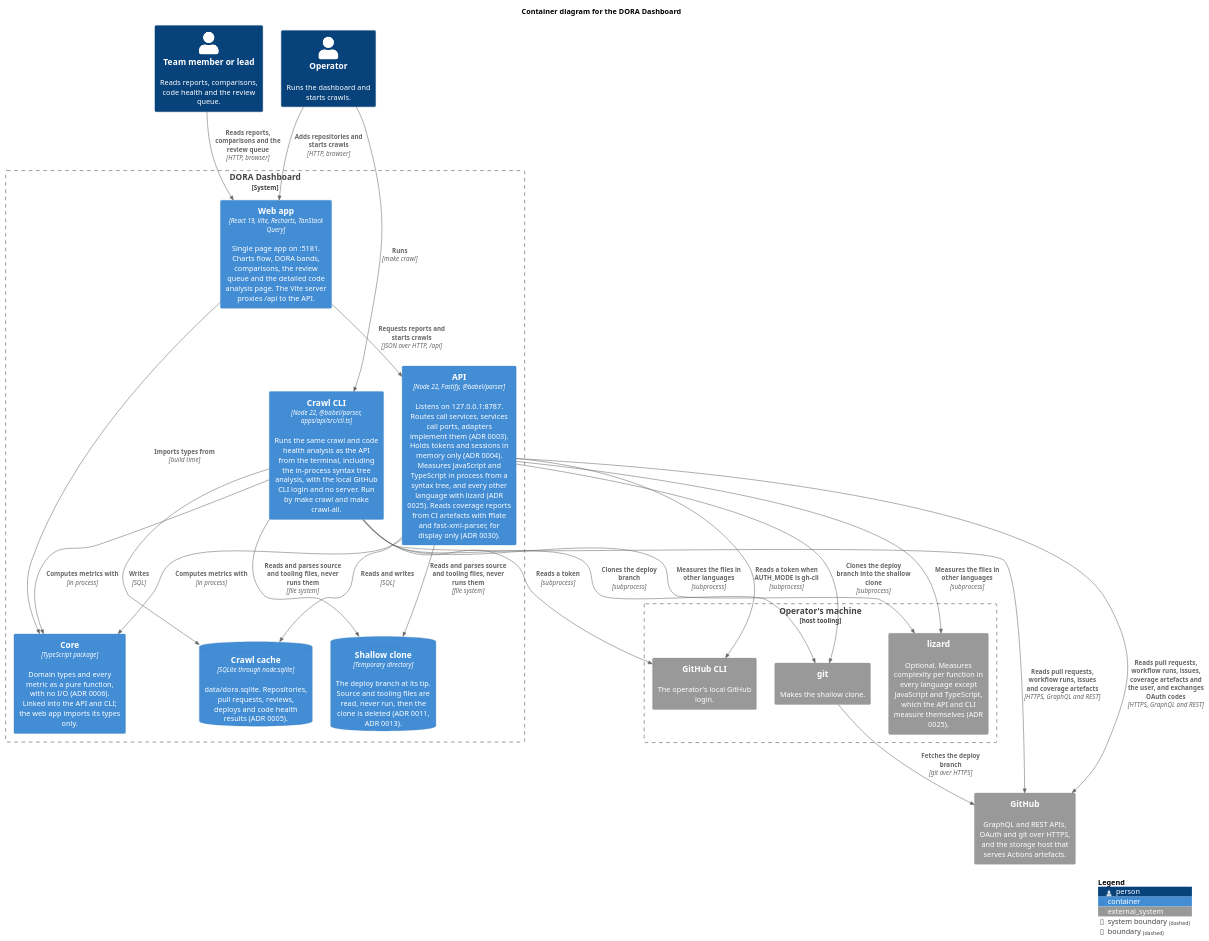
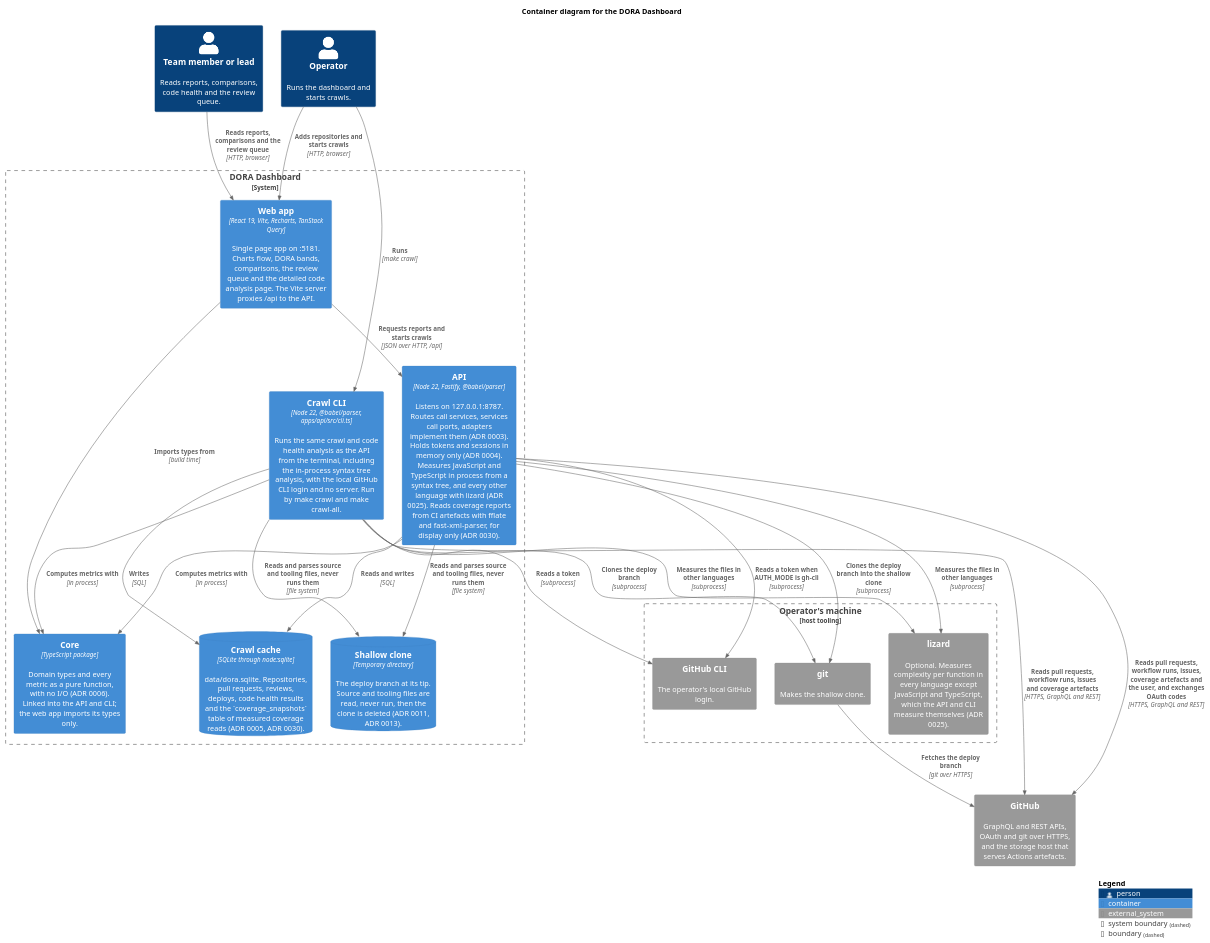
One commit to vfarah-if/dora-dashboard changed the diagram in docs/diagrams/c4-container.puml. Above: the diagram before and after it, drawn with PlantUML. The commit also changed 50 other files, not shown here.

```diff
--- a/docs/diagrams/c4-container.puml
+++ b/docs/diagrams/c4-container.puml
@@ -1,62 +1,62 @@
 @startuml c4-container
 ' C4 level 2: the deployable parts of the DORA Dashboard and how they talk.
 ' Uses the C4-PlantUML library bundled with PlantUML, so it renders offline.
 !include <C4/C4_Container>
 
 LAYOUT_TOP_DOWN()
 LAYOUT_WITH_LEGEND()
 
 title Container diagram for the DORA Dashboard
 
 Person(reader, "Team member or lead", "Reads reports, comparisons, code health and the review queue.")
 Person(operator, "Operator", "Runs the dashboard and starts crawls.")
 
 System_Boundary(dashboard, "DORA Dashboard") {
   Container(web, "Web app", "React 19, Vite, Recharts, TanStack Query", "Single page app on :5181. Charts flow, DORA bands, comparisons, the review queue and the detailed code analysis page. The Vite server proxies /api to the API.")
   Container(api, "API", "Node 22, Fastify, @babel/parser", "Listens on 127.0.0.1:8787. Routes call services, services call ports, adapters implement them (ADR 0003). Holds tokens and sessions in memory only (ADR 0004). Measures JavaScript and TypeScript in process from a syntax tree, and every other language with lizard (ADR 0025). Reads coverage reports from CI artefacts with fflate and fast-xml-parser, for display only (ADR 0030).")
   Container(cli, "Crawl CLI", "Node 22, @babel/parser, apps/api/src/cli.ts", "Runs the same crawl and code health analysis as the API from the terminal, including the in-process syntax tree analysis, with the local GitHub CLI login and no server. Run by make crawl and make crawl-all.")
   Container(core, "Core", "TypeScript package", "Domain types and every metric as a pure function, with no I/O (ADR 0006). Linked into the API and CLI; the web app imports its types only.")
-  ContainerDb(db, "Crawl cache", "SQLite through node:sqlite", "data/dora.sqlite. Repositories, pull requests, reviews, deploys and code health results (ADR 0005).")
+  ContainerDb(db, "Crawl cache", "SQLite through node:sqlite", "data/dora.sqlite. Repositories, pull requests, reviews, deploys, code health results and the `coverage_snapshots` table of measured coverage reads (ADR 0005, ADR 0030).")
   ContainerDb(clone, "Shallow clone", "Temporary directory", "The deploy branch at its tip. Source and tooling files are read, never run, then the clone is deleted (ADR 0011, ADR 0013).")
 }
 
 System_Ext(github, "GitHub", "GraphQL and REST APIs, OAuth and git over HTTPS, and the storage host that serves Actions artefacts.")
 
 Boundary(host, "Operator's machine", "host tooling") {
   System_Ext(ghcli, "GitHub CLI", "The operator's local GitHub login.")
   System_Ext(git, "git", "Makes the shallow clone.")
   System_Ext(lizard, "lizard", "Optional. Measures complexity per function in every language except JavaScript and TypeScript, which the API and CLI measure themselves (ADR 0025).")
 }
 
 Lay_R(reader, operator)
 Lay_R(web, cli)
 Lay_R(db, clone)
 Lay_R(ghcli, git)
 Lay_R(git, lizard)
 
 Rel(reader, web, "Reads reports, comparisons and the review queue", "HTTP, browser")
 Rel(operator, web, "Adds repositories and starts crawls", "HTTP, browser")
 Rel(operator, cli, "Runs", "make crawl")
 
 Rel(web, api, "Requests reports and starts crawls", "JSON over HTTP, /api")
 Rel(web, core, "Imports types from", "build time")
 
 Rel(api, core, "Computes metrics with", "in process")
 Rel(cli, core, "Computes metrics with", "in process")
 Rel(api, db, "Reads and writes", "SQL")
 Rel(cli, db, "Writes", "SQL")
 Rel(api, clone, "Reads and parses source and tooling files, never runs them", "file system")
 Rel(cli, clone, "Reads and parses source and tooling files, never runs them", "file system")
 
 Rel(api, github, "Reads pull requests, workflow runs, issues, coverage artefacts and the user, and exchanges OAuth codes", "HTTPS, GraphQL and REST")
 Rel(cli, github, "Reads pull requests, workflow runs, issues and coverage artefacts", "HTTPS, GraphQL and REST")
 Rel(api, ghcli, "Reads a token when AUTH_MODE is gh-cli", "subprocess")
 Rel(cli, ghcli, "Reads a token", "subprocess")
 Rel(api, git, "Clones the deploy branch into the shallow clone", "subprocess")
 Rel(cli, git, "Clones the deploy branch", "subprocess")
 Rel(api, lizard, "Measures the files in other languages", "subprocess")
 Rel(cli, lizard, "Measures the files in other languages", "subprocess")
 Rel(git, github, "Fetches the deploy branch", "git over HTTPS")
 
 SHOW_LEGEND()
 @enduml
```
